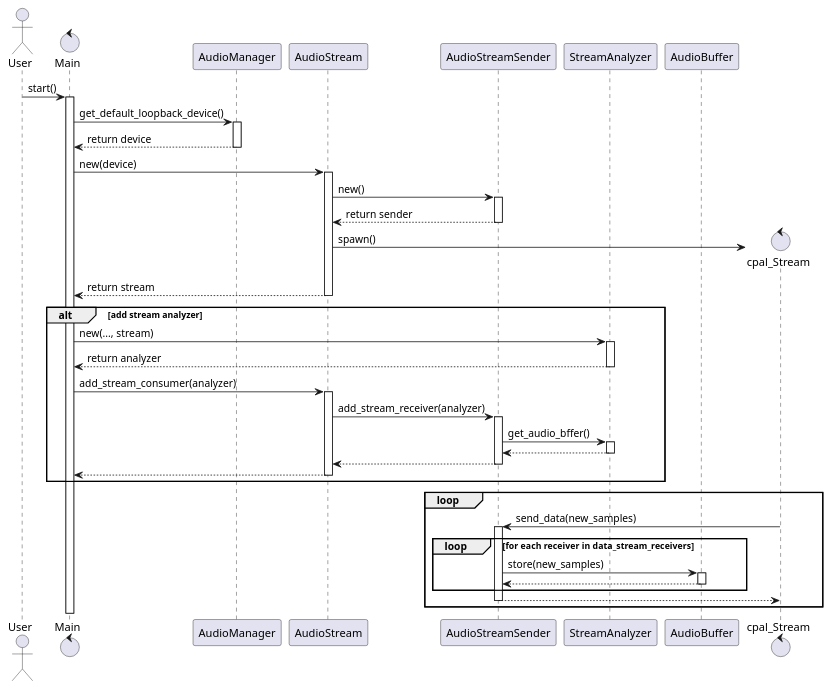
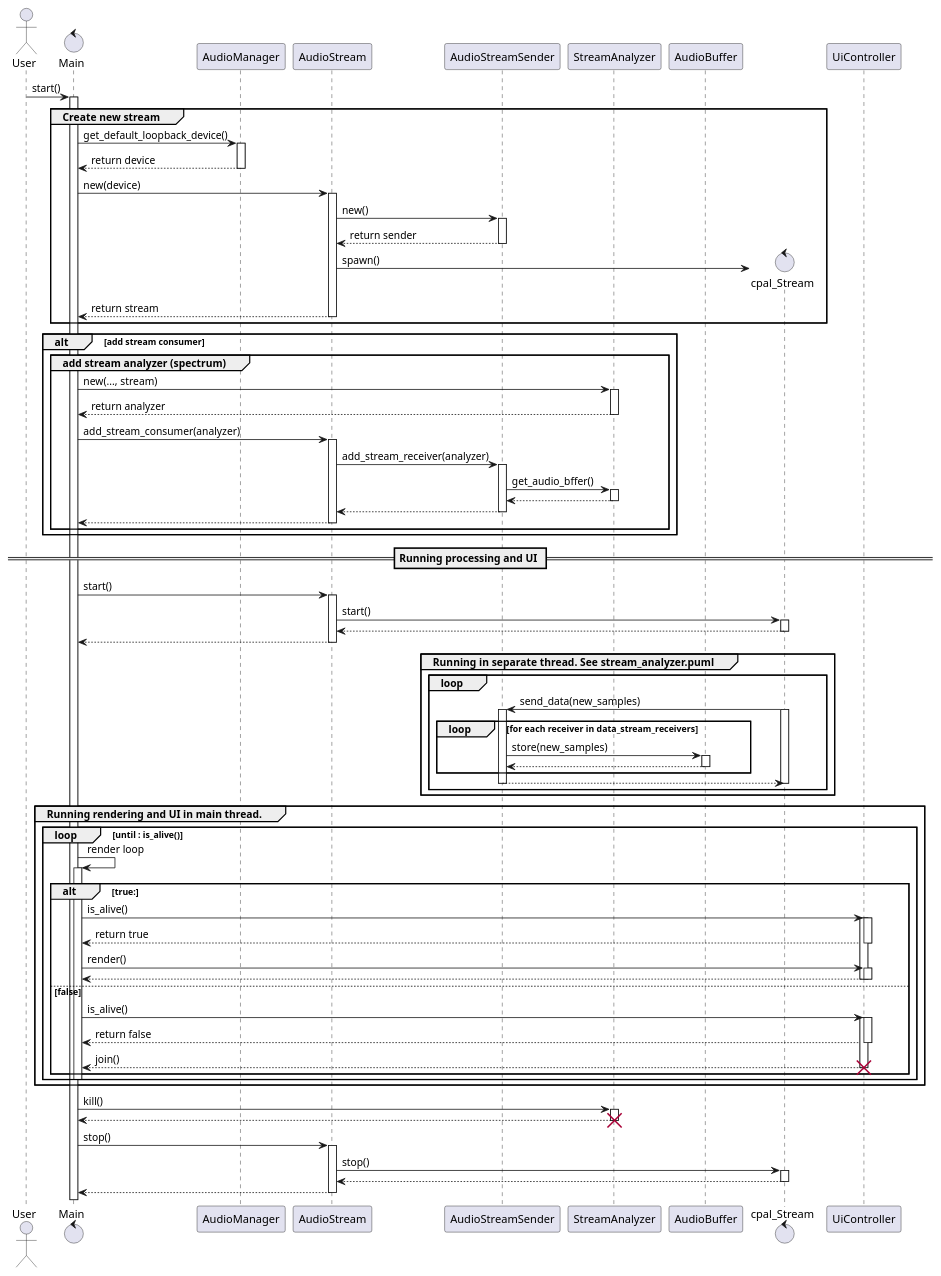
One commit to walkiewicz125/RtAudioEffect changed the diagram in diagrams/main.puml. Above: the diagram before and after it, drawn with PlantUML. The commit also changed 6 other files, not shown here.

Commit message:
some, aligment in logging and diagrams

```diff
--- a/diagrams/main.puml
+++ b/diagrams/main.puml
@@ -1,43 +1,89 @@
 @startuml "run of processing"
 autoactivate on
 
 actor User
 control Main
 participant AudioManager
 participant AudioStream
 participant AudioStreamSender
 participant StreamAnalyzer
 participant AudioBuffer
 control cpal_Stream
-
 User -> Main : start()
 
-Main -> AudioManager:  get_default_loopback_device()
-Main <-- AudioManager : return device
-Main -> AudioStream : new(device)
-    AudioStream -> AudioStreamSender : new()
-    AudioStream <-- AudioStreamSender : return sender
-    AudioStream -> cpal_Stream ** : spawn()
+group Create new stream
+    Main -> AudioManager:  get_default_loopback_device()
+    Main <-- AudioManager : return device
+    Main -> AudioStream : new(device)
+        AudioStream -> AudioStreamSender : new()
+        AudioStream <-- AudioStreamSender : return sender
+        AudioStream -> cpal_Stream ** : spawn()
 Main <-- AudioStream : return stream
-
-alt add stream analyzer
-Main -> StreamAnalyzer : new(..., stream)
-Main <-- StreamAnalyzer : return analyzer
-Main -> AudioStream : add_stream_consumer(analyzer)
-    AudioStream -> AudioStreamSender : add_stream_receiver(analyzer)
-        AudioStreamSender-> StreamAnalyzer : get_audio_bffer()
-        AudioStreamSender <-- StreamAnalyzer
-    AudioStream <-- AudioStreamSender
-Main <-- AudioStream
 end
 
-loop
-    cpal_Stream -> AudioStreamSender : send_data(new_samples)
-    loop for  each receiver in data_stream_receivers
-        AudioStreamSender -> AudioBuffer : store(new_samples)
-        AudioStreamSender <-- AudioBuffer
+alt add stream consumer
+    group add stream analyzer (spectrum)
+        Main -> StreamAnalyzer : new(..., stream)
+        Main <-- StreamAnalyzer : return analyzer
+        Main -> AudioStream : add_stream_consumer(analyzer)
+            AudioStream -> AudioStreamSender : add_stream_receiver(analyzer)
+                AudioStreamSender-> StreamAnalyzer : get_audio_bffer()
+                AudioStreamSender <-- StreamAnalyzer
+            AudioStream <-- AudioStreamSender
+        Main <-- AudioStream
     end
-    cpal_Stream <-- AudioStreamSender
 end
 
+== Running processing and UI ==
+
+Main -> AudioStream : start()
+    AudioStream -> cpal_Stream : start()
+    AudioStream <-- cpal_Stream
+Main <-- AudioStream
+
+group Running in separate thread. See stream_analyzer.puml
+    loop
+        cpal_Stream -> AudioStreamSender : send_data(new_samples)
+        activate cpal_Stream
+        loop for  each receiver in data_stream_receivers
+            AudioStreamSender -> AudioBuffer : store(new_samples)
+            AudioStreamSender <-- AudioBuffer
+        end
+        cpal_Stream <-- AudioStreamSender
+        deactivate cpal_Stream
+    end
+end
+
+group Running rendering and UI in main thread.
+    loop until : is_alive()
+    Main -> Main : render loop
+        alt true:
+            Main -> UiController : is_alive()
+            activate UiController
+            Main <-- UiController : return true
+            Main -> UiController : render()
+            Main <-- UiController
+            deactivate UiController
+        else false
+            Main -> UiController : is_alive()
+            activate UiController
+            Main <-- UiController : return false
+            Main <-- UiController : join()
+            deactivate UiController
+            destroy UiController
+        end
+    deactivate Main
+    end
+    deactivate UiController
+end
+
+Main -> StreamAnalyzer : kill()
+Main <-- StreamAnalyzer
+destroy StreamAnalyzer
+
+Main -> AudioStream : stop()
+    AudioStream -> cpal_Stream : stop()
+    AudioStream <-- cpal_Stream
+Main <-- AudioStream
+
 @enduml
```
